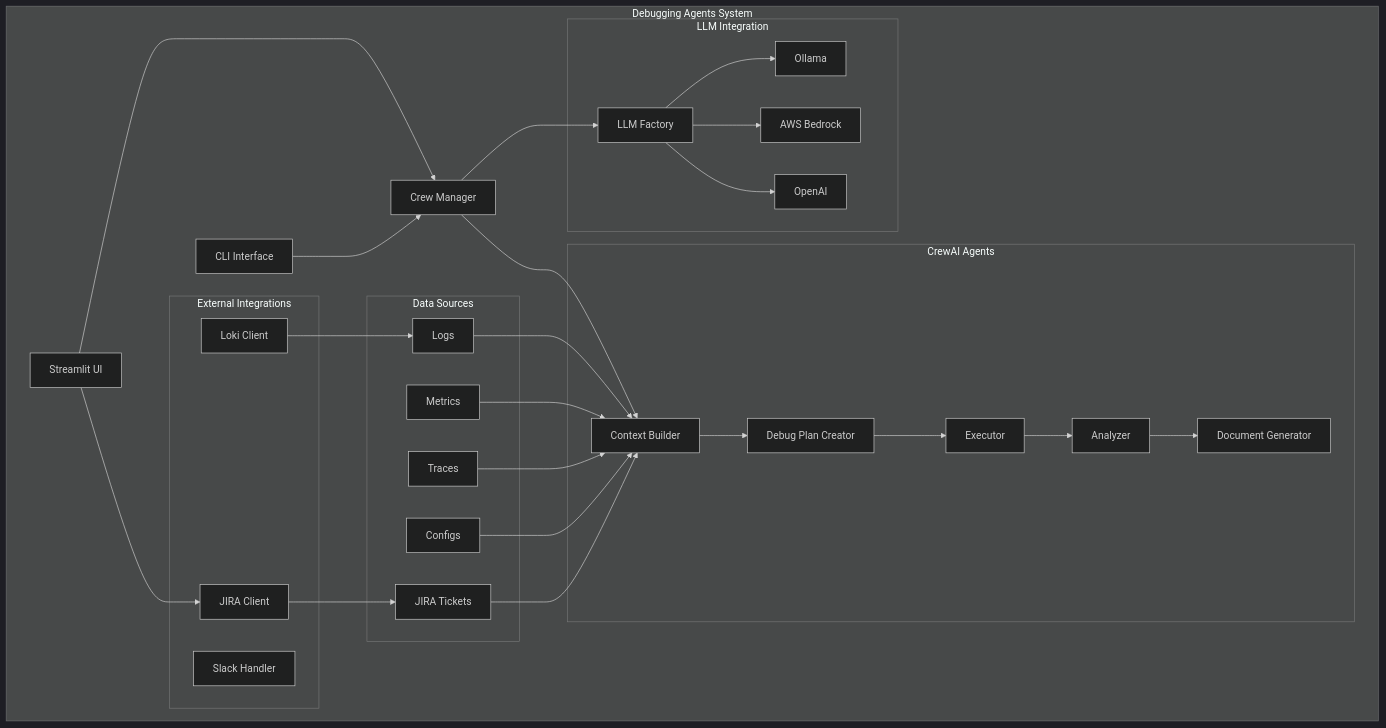
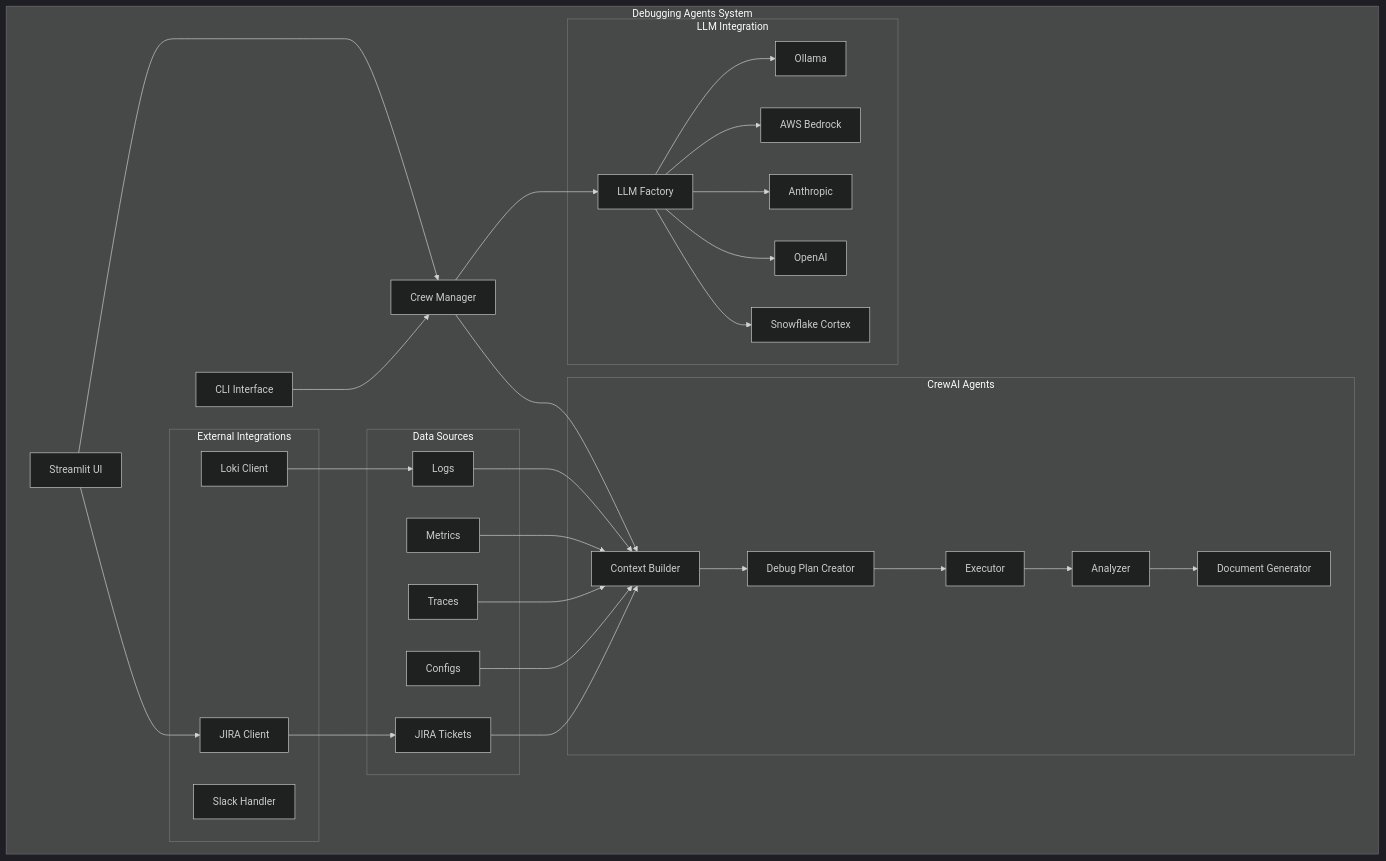
One commit to tiwari-gajendra/debugging-agent changed the first of 2 diagrams in docs/architecture.md. Above: the diagram before and after it, drawn with Mermaid (dark theme). The commit also changed other lines of this file and 4 other files, not shown here.

````diff
--- a/docs/architecture.md
+++ b/docs/architecture.md
@@ -20,61 +20,65 @@
 ```mermaid
 graph TD
     subgraph "Debugging Agents System"
         UI["Streamlit UI"]
         CLI["CLI Interface"]
         CM["Crew Manager"]
         
         subgraph "External Integrations"
             JIRA["JIRA Client"]
             LOKI["Loki Client"]
             SLACK["Slack Handler"]
         end
         
         subgraph "LLM Integration"
             LF["LLM Factory"]
             OL["Ollama"]
             BR["AWS Bedrock"]
+            AN["Anthropic"]
             OA["OpenAI"]
+            SF["Snowflake Cortex"]
         end
         
         subgraph "CrewAI Agents"
             CB["Context Builder"]
             DPC["Debug Plan Creator"]
             EX["Executor"]
             AZ["Analyzer"]
             DG["Document Generator"]
         end
         
         subgraph "Data Sources"
             L["Logs"]
             M["Metrics"]
             T["Traces"]
             C["Configs"]
             JT["JIRA Tickets"]
         end
     end
     
     UI --> JIRA
     UI --> CM
     CLI --> CM
     CM --> LF
     
     LF --> OL
     LF --> BR
+    LF --> AN
     LF --> OA
+    LF --> SF
     
     CM --> CB
     CB --> DPC
     DPC --> EX
     EX --> AZ
     AZ --> DG
     
     L --> CB
     M --> CB
     T --> CB
     C --> CB
     JT --> CB
     
     JIRA --> JT
     LOKI --> L
 ```
````
